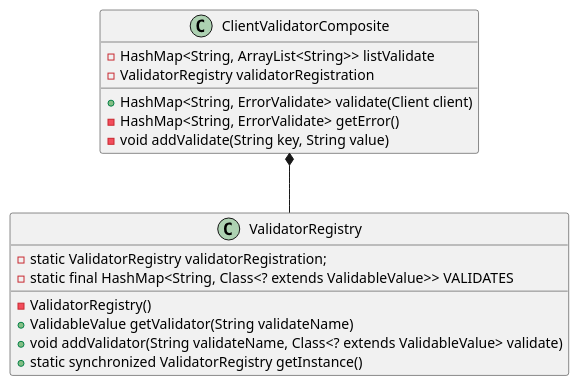
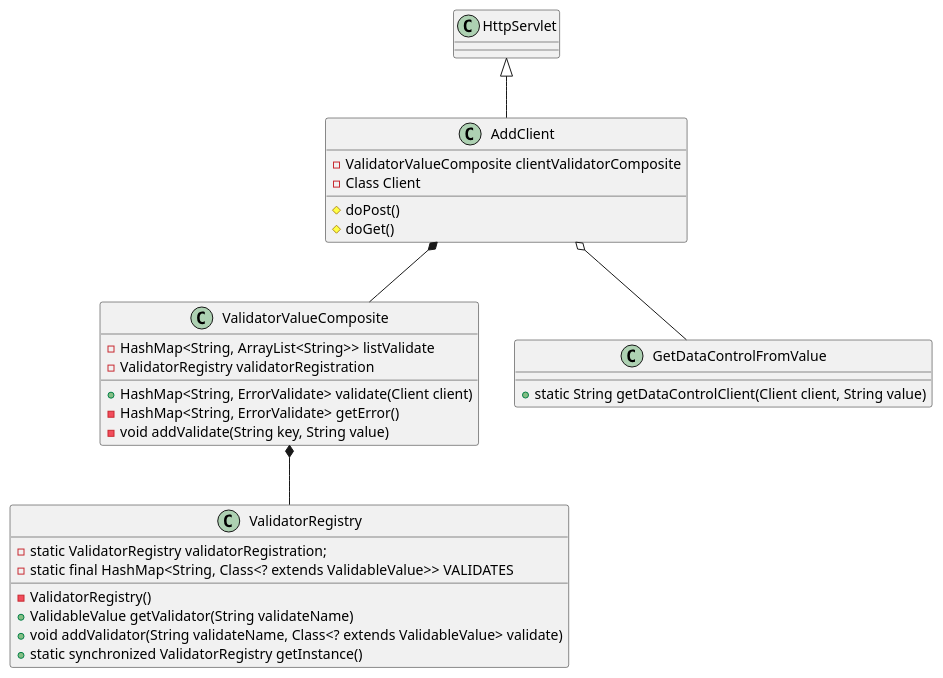
The diagram in store 2020a 14 septiembre/backend/plantUML/Validator.puml (luciano55/storeApp2020), drawn with PlantUML before and after one commit. The commit also changed 7 other files, not shown here.

```diff
--- a/store 2020a 14 septiembre/backend/plantUML/Validator.puml
+++ b/store 2020a 14 septiembre/backend/plantUML/Validator.puml
@@ -1,19 +1,34 @@
-@startuml
+@startuml validator
 class ValidatorRegistry{
   -static ValidatorRegistry validatorRegistration;
   -static final HashMap<String, Class<? extends ValidableValue>> VALIDATES 
   -ValidatorRegistry() 
   +ValidableValue getValidator(String validateName)
   +void addValidator(String validateName, Class<? extends ValidableValue> validate) 
   +static synchronized ValidatorRegistry getInstance() 
 }
-class ClientValidatorComposite{
+class ValidatorValueComposite{
   -HashMap<String, ArrayList<String>> listValidate
   -ValidatorRegistry validatorRegistration
   +HashMap<String, ErrorValidate> validate(Client client)
   -HashMap<String, ErrorValidate> getError()
   -void addValidate(String key, String value)  
 }
+class AddClient {
+  -ValidatorValueComposite clientValidatorComposite
+  -Class Client
+   # doPost()
+   # doGet()
+}
+class  HttpServlet{
+}
+class GetDataControlFromValue{
+  +static String getDataControlClient(Client client, String value) 
+}
 
-ClientValidatorComposite *-- ValidatorRegistry
+
+ValidatorValueComposite *-- ValidatorRegistry
+HttpServlet  <|--  AddClient 
+AddClient  *-- ValidatorValueComposite
+AddClient o-- GetDataControlFromValue
 @enduml
```
